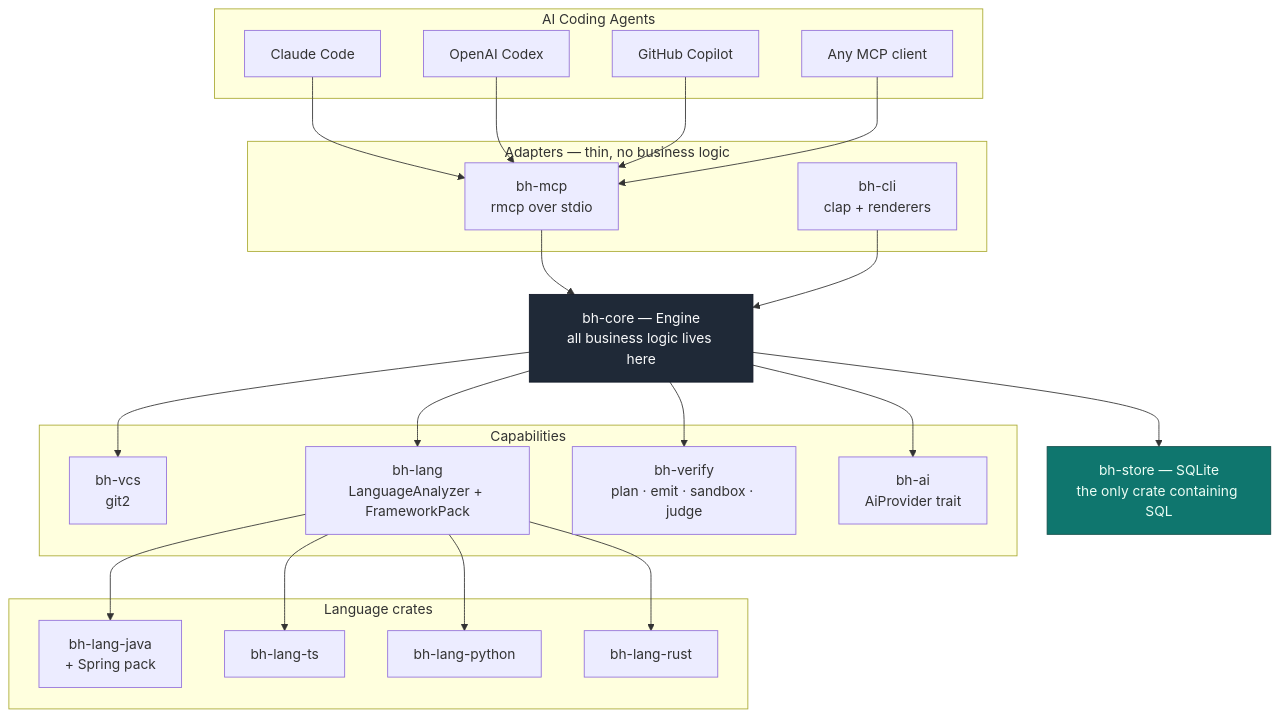
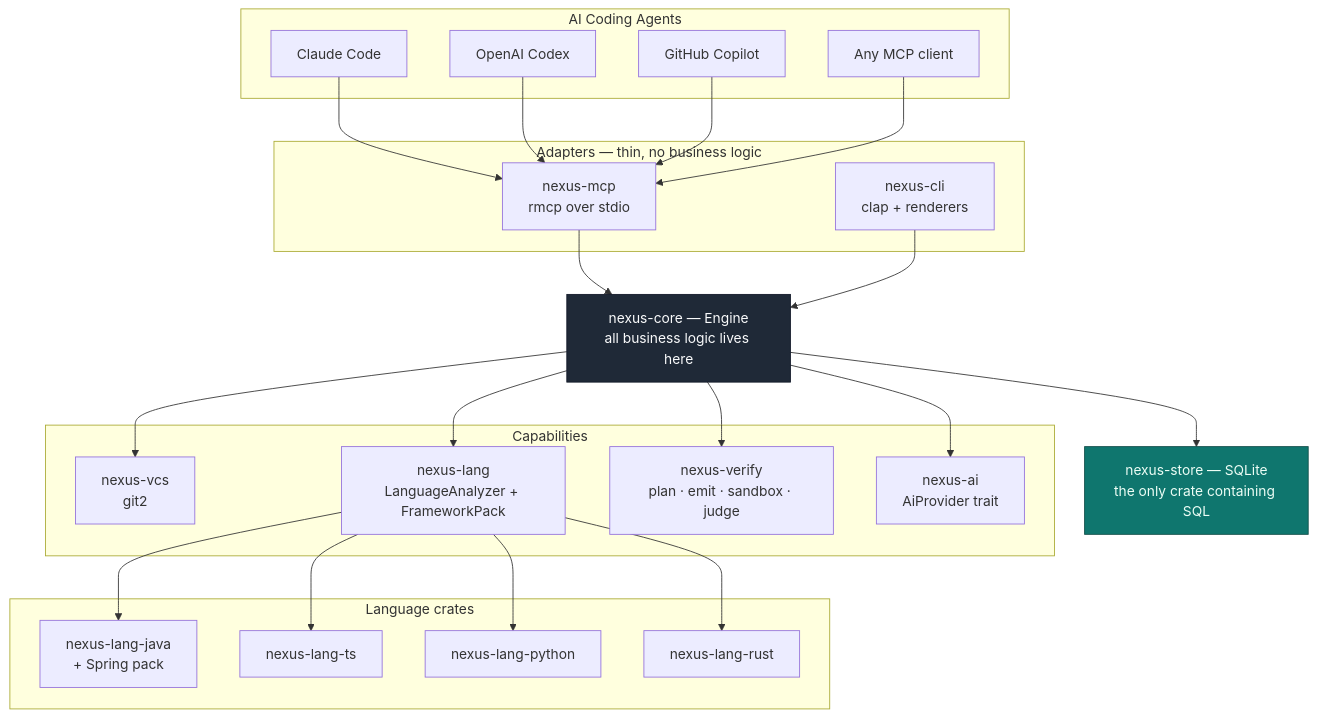
The first of 4 diagrams in docs/diagrams/system-architecture.md (zorigtbaatarAst/nexus), drawn with Mermaid before and after one commit. The commit also changed other lines of this file and 19 other files, not shown here.

````diff
--- a/docs/diagrams/system-architecture.md
+++ b/docs/diagrams/system-architecture.md
@@ -6,56 +6,56 @@
 ```mermaid
 flowchart TD
     subgraph agents["AI Coding Agents"]
         CC["Claude Code"]
         CX["OpenAI Codex"]
         CP["GitHub Copilot"]
         OT["Any MCP client"]
     end
 
     subgraph adapters["Adapters — thin, no business logic"]
-        MCP["bh-mcp<br/>rmcp over stdio"]
-        CLI["bh-cli<br/>clap + renderers"]
+        MCP["nexus-mcp<br/>rmcp over stdio"]
+        CLI["nexus-cli<br/>clap + renderers"]
     end
 
-    CORE["bh-core — Engine<br/>all business logic lives here"]
+    CORE["nexus-core — Engine<br/>all business logic lives here"]
 
     subgraph caps["Capabilities"]
-        VCS["bh-vcs<br/>git2"]
-        LANG["bh-lang<br/>LanguageAnalyzer + FrameworkPack"]
-        VER["bh-verify<br/>plan · emit · sandbox · judge"]
-        AI["bh-ai<br/>AiProvider trait"]
+        VCS["nexus-vcs<br/>git2"]
+        LANG["nexus-lang<br/>LanguageAnalyzer + FrameworkPack"]
+        VER["nexus-verify<br/>plan · emit · sandbox · judge"]
+        AI["nexus-ai<br/>AiProvider trait"]
     end
 
     subgraph langs["Language crates"]
-        JAVA["bh-lang-java<br/>+ Spring pack"]
-        TS["bh-lang-ts"]
-        PY["bh-lang-python"]
-        RS["bh-lang-rust"]
+        JAVA["nexus-lang-java<br/>+ Spring pack"]
+        TS["nexus-lang-ts"]
+        PY["nexus-lang-python"]
+        RS["nexus-lang-rust"]
     end
 
-    STORE["bh-store — SQLite<br/>the only crate containing SQL"]
+    STORE["nexus-store — SQLite<br/>the only crate containing SQL"]
 
     CC --> MCP
     CX --> MCP
     CP --> MCP
     OT --> MCP
 
     MCP --> CORE
     CLI --> CORE
 
     CORE --> VCS
     CORE --> LANG
     CORE --> VER
     CORE --> AI
     CORE --> STORE
 
     LANG --> JAVA
     LANG --> TS
     LANG --> PY
     LANG --> RS
 
     classDef core fill:#1f2937,stroke:#111827,color:#f9fafb
     classDef store fill:#0f766e,stroke:#134e4a,color:#ecfdf5
     class CORE core
     class STORE store
 ```
````
